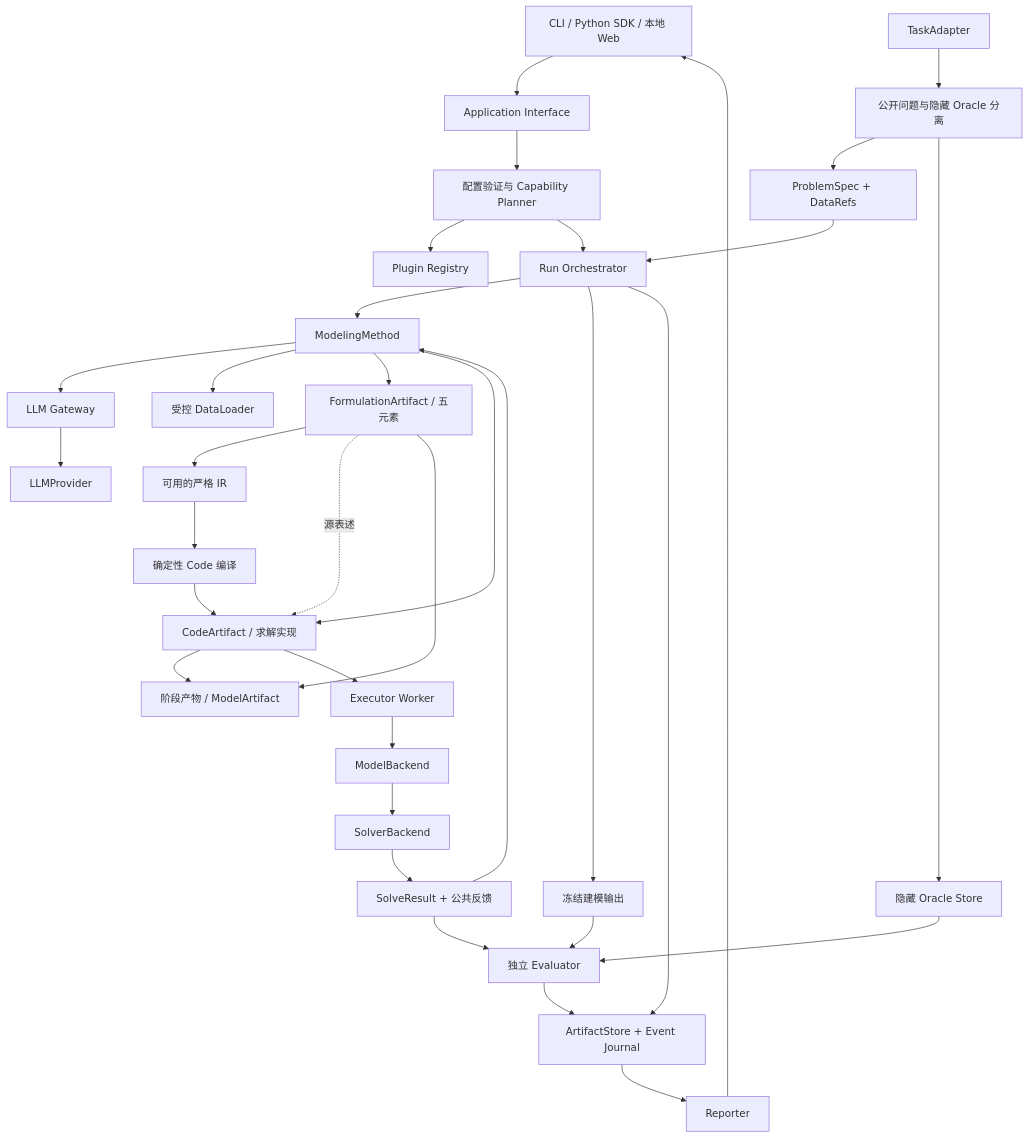
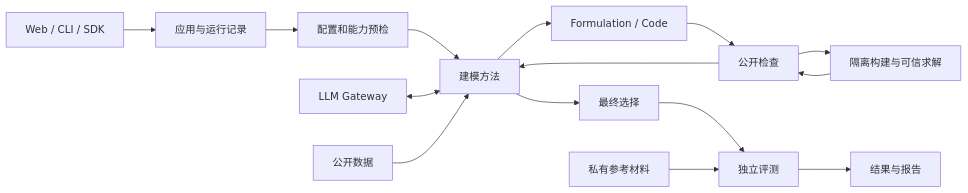
The diagram in docs/architecture.md (Fangziyang0910/LLM4OM), drawn with Mermaid before and after one commit. The commit also changed other lines of this file and 111 other files, not shown here.

````diff
--- a/docs/architecture.md
+++ b/docs/architecture.md
@@ -36,36 +7,17 @@
 ```mermaid
-flowchart TD
-    UI[CLI / Python SDK / 本地 Web] --> API[Application Interface]
-    API --> PRE[配置验证与 Capability Planner]
-    PRE --> REG[Plugin Registry]
-    PRE --> RUN[Run Orchestrator]
-    TASK[TaskAdapter] --> SPLIT[公开问题与隐藏 Oracle 分离]
-    SPLIT --> PUB[ProblemSpec + DataRefs]
-    PUB --> RUN
-    RUN --> METHOD[ModelingMethod]
-    METHOD --> LLM[LLM Gateway]
-    LLM --> PROVIDER[LLMProvider]
-    METHOD --> DATA[受控 DataLoader]
-    METHOD --> FORM[FormulationArtifact / 五元素]
-    FORM --> IR[可用的严格 IR]
-    IR --> COMP[确定性 Code 编译]
-    METHOD --> CODE[CodeArtifact / 求解实现]
-    FORM -.源表述.-> CODE
-    COMP --> CODE
-    FORM --> CAND[阶段产物 / ModelArtifact]
-    CODE --> CAND
-    CODE --> EXEC[Executor Worker]
-    EXEC --> MB[ModelBackend]
-    MB --> SOLVER[SolverBackend]
-    SOLVER --> RESULT[SolveResult + 公共反馈]
-    RESULT --> METHOD
-    RUN --> FINAL[冻结建模输出]
-    FINAL --> EVAL[独立 Evaluator]
-    SPLIT --> ORACLE[隐藏 Oracle Store]
-    ORACLE --> EVAL
-    RESULT --> EVAL
-    RUN --> STORE[ArtifactStore + Event Journal]
-    EVAL --> STORE
-    STORE --> REPORT[Reporter]
-    REPORT --> UI
+flowchart LR
+    U[Web / CLI / SDK] --> A[应用与运行记录]
+    A --> P[配置和能力预检]
+    P --> M[建模方法]
+    L[LLM Gateway] <--> M
+    D[公开数据] --> M
+    M --> F[Formulation / Code]
+    F --> X[公开检查]
+    X --> W[隔离构建与可信求解]
+    W --> X
+    X --> M
+    M --> S[最终选择]
+    S --> E[独立评测]
+    O[私有参考材料] --> E
+    E --> R[结果与报告]
 ```
````
